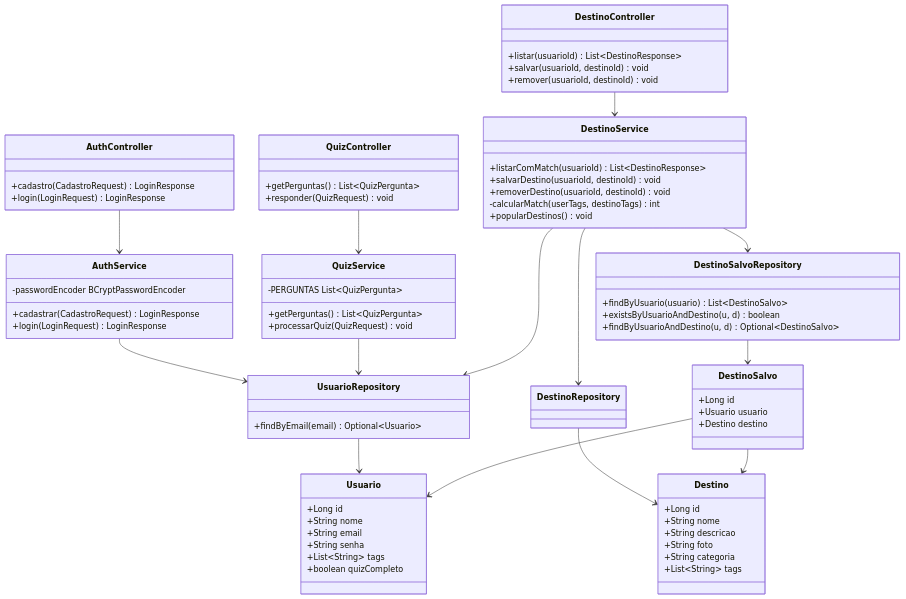
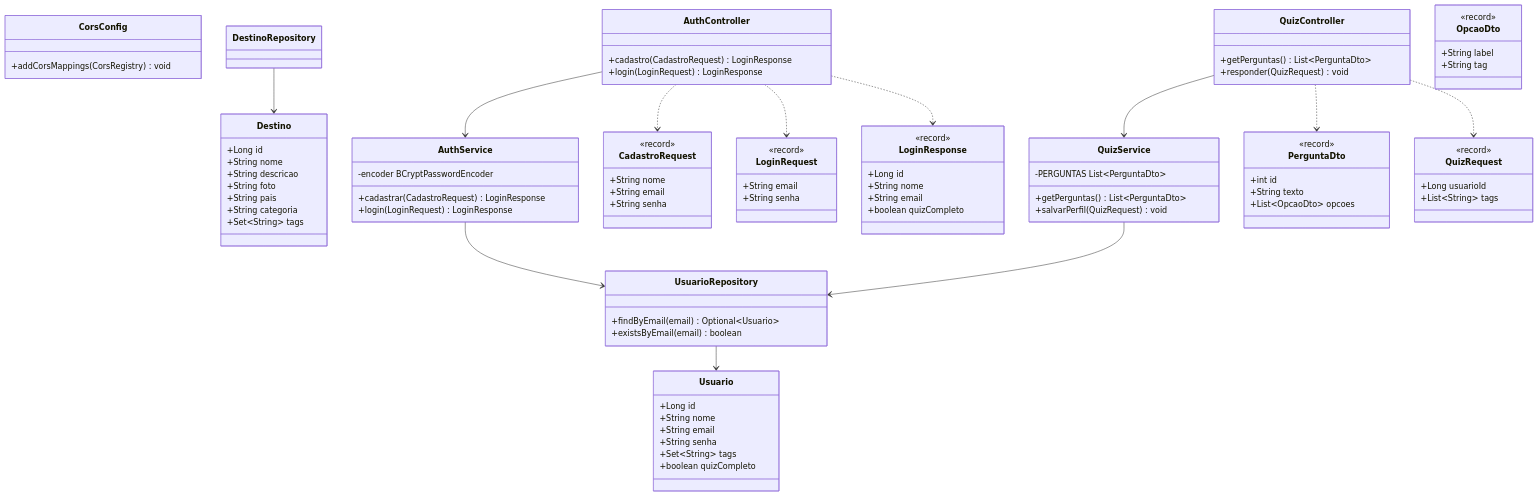
One commit to ENG-SOFT-SMART-TOUR/trips-signature changed the third of 5 diagrams in README.md. Above: the diagram before and after it, drawn with Mermaid. The commit also changed other lines of this file and 116 other files, not shown here.

````diff
--- a/README.md
+++ b/README.md
@@ -100,53 +116,41 @@
 ```mermaid
 classDiagram
+    class CorsConfig {
+        +addCorsMappings(CorsRegistry) void
+    }
+
     class AuthController {
         +cadastro(CadastroRequest) LoginResponse
         +login(LoginRequest) LoginResponse
     }
     class QuizController {
-        +getPerguntas() List~QuizPergunta~
+        +getPerguntas() List~PerguntaDto~
         +responder(QuizRequest) void
-    }
-    class DestinoController {
-        +listar(usuarioId) List~DestinoResponse~
-        +salvar(usuarioId, destinoId) void
-        +remover(usuarioId, destinoId) void
     }
 
     class AuthService {
         +cadastrar(CadastroRequest) LoginResponse
         +login(LoginRequest) LoginResponse
-        -passwordEncoder BCryptPasswordEncoder
+        -encoder BCryptPasswordEncoder
     }
     class QuizService {
-        +getPerguntas() List~QuizPergunta~
-        +processarQuiz(QuizRequest) void
-        -PERGUNTAS List~QuizPergunta~
-    }
-    class DestinoService {
-        +listarComMatch(usuarioId) List~DestinoResponse~
-        +salvarDestino(usuarioId, destinoId) void
-        +removerDestino(usuarioId, destinoId) void
-        -calcularMatch(userTags, destinoTags) int
-        +popularDestinos() void
+        +getPerguntas() List~PerguntaDto~
+        +salvarPerfil(QuizRequest) void
+        -PERGUNTAS List~PerguntaDto~
     }
 
     class UsuarioRepository {
         +findByEmail(email) Optional~Usuario~
+        +existsByEmail(email) boolean
     }
     class DestinoRepository
-    class DestinoSalvoRepository {
-        +findByUsuario(usuario) List~DestinoSalvo~
-        +existsByUsuarioAndDestino(u, d) boolean
-        +findByUsuarioAndDestino(u, d) Optional~DestinoSalvo~
-    }
 
     class Usuario {
         +Long id
         +String nome
         +String email
         +String senha
-        +List~String~ tags
+        +Set~String~ tags
         +boolean quizCompleto
     }
     class Destino {
@@ -154,29 +158,58 @@
         +String nome
         +String descricao
         +String foto
+        +String pais
         +String categoria
+        +Set~String~ tags
+    }
+
+    class CadastroRequest {
+        <<record>>
+        +String nome
+        +String email
+        +String senha
+    }
+    class LoginRequest {
+        <<record>>
+        +String email
+        +String senha
+    }
+    class LoginResponse {
+        <<record>>
+        +Long id
+        +String nome
+        +String email
+        +boolean quizCompleto
+    }
+    class PerguntaDto {
+        <<record>>
+        +int id
+        +String texto
+        +List~OpcaoDto~ opcoes
+    }
+    class OpcaoDto {
+        <<record>>
+        +String label
+        +String tag
+    }
+    class QuizRequest {
+        <<record>>
+        +Long usuarioId
         +List~String~ tags
-    }
-    class DestinoSalvo {
-        +Long id
-        +Usuario usuario
-        +Destino destino
     }
 
     AuthController --> AuthService
     QuizController --> QuizService
-    DestinoController --> DestinoService
 
     AuthService --> UsuarioRepository
     QuizService --> UsuarioRepository
-    DestinoService --> UsuarioRepository
-    DestinoService --> DestinoRepository
-    DestinoService --> DestinoSalvoRepository
 
     UsuarioRepository --> Usuario
     DestinoRepository --> Destino
-    DestinoSalvoRepository --> DestinoSalvo
 
-    DestinoSalvo --> Usuario
-    DestinoSalvo --> Destino
+    AuthController ..> CadastroRequest
+    AuthController ..> LoginRequest
+    AuthController ..> LoginResponse
+    QuizController ..> PerguntaDto
+    QuizController ..> QuizRequest
 ```
````
